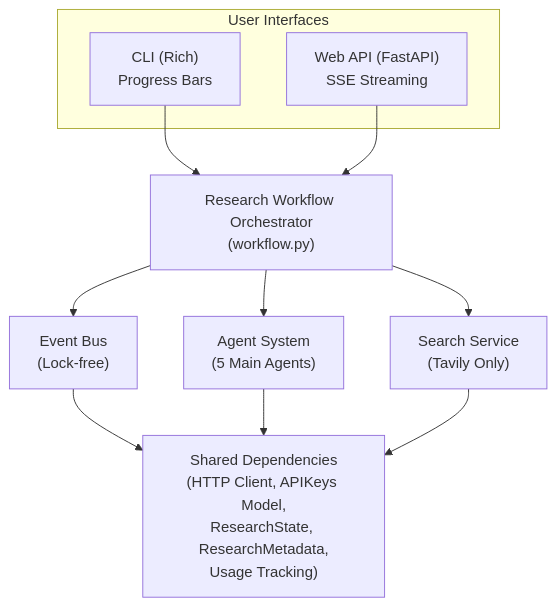
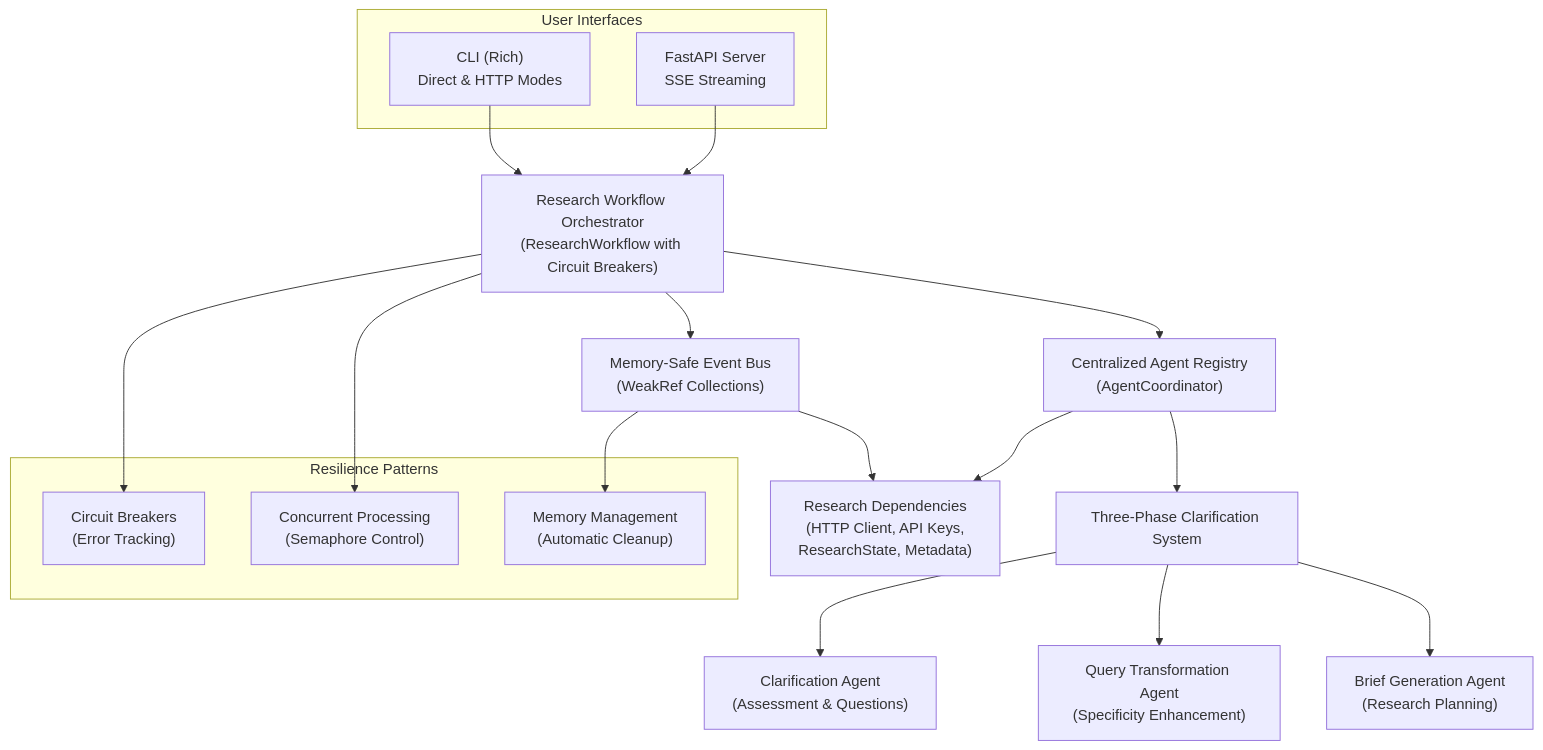
The first of 14 diagrams in docs/system_architecture.md (lionkeng/open_deep_research_pydantic_ai), drawn with Mermaid before and after one commit. The commit also changed other lines of this file and 1 other file, not shown here.

Commit message:
update system-architecture document

````diff
--- a/docs/system_architecture.md
+++ b/docs/system_architecture.md
@@ -20,18 +29,31 @@
 ```mermaid
 graph TD
     subgraph "User Interfaces"
-        CLI["CLI (Rich)<br/>Progress Bars"]
-        WebAPI["Web API (FastAPI)<br/>SSE Streaming"]
+        CLI["CLI (Rich)<br/>Direct & HTTP Modes"]
+        WebAPI["FastAPI Server<br/>SSE Streaming"]
     end
 
-    CLI --> Orchestrator["Research Workflow Orchestrator<br/>(workflow.py)"]
+    CLI --> Orchestrator["Research Workflow Orchestrator<br/>(ResearchWorkflow with Circuit Breakers)"]
     WebAPI --> Orchestrator
 
-    Orchestrator --> EventBus["Event Bus<br/>(Lock-free)"]
-    Orchestrator --> AgentSystem["Agent System<br/>(5 Main Agents)"]
-    Orchestrator --> SearchService["Search Service<br/>(Tavily Only)"]
+    Orchestrator --> EventBus["Memory-Safe Event Bus<br/>(WeakRef Collections)"]
+    Orchestrator --> AgentRegistry["Centralized Agent Registry<br/>(AgentCoordinator)"]
 
-    EventBus --> SharedDeps["Shared Dependencies<br/>(HTTP Client, APIKeys Model,<br/>ResearchState, ResearchMetadata,<br/>Usage Tracking)"]
-    AgentSystem --> SharedDeps
-    SearchService --> SharedDeps
+    AgentRegistry --> ThreePhase["Three-Phase Clarification System"]
+    ThreePhase --> ClarificationAgent["Clarification Agent<br/>(Assessment & Questions)"]
+    ThreePhase --> TransformationAgent["Query Transformation Agent<br/>(Specificity Enhancement)"]
+    ThreePhase --> BriefAgent["Brief Generation Agent<br/>(Research Planning)"]
+
+    EventBus --> SharedDeps["Research Dependencies<br/>(HTTP Client, API Keys,<br/>ResearchState, Metadata)"]
+    AgentRegistry --> SharedDeps
+
+    subgraph "Resilience Patterns"
+        CircuitBreakers["Circuit Breakers<br/>(Error Tracking)"]
+        ConcurrentProcessing["Concurrent Processing<br/>(Semaphore Control)"]
+        MemoryManagement["Memory Management<br/>(Automatic Cleanup)"]
+    end
+
+    Orchestrator --> CircuitBreakers
+    Orchestrator --> ConcurrentProcessing
+    EventBus --> MemoryManagement
 ```
````
